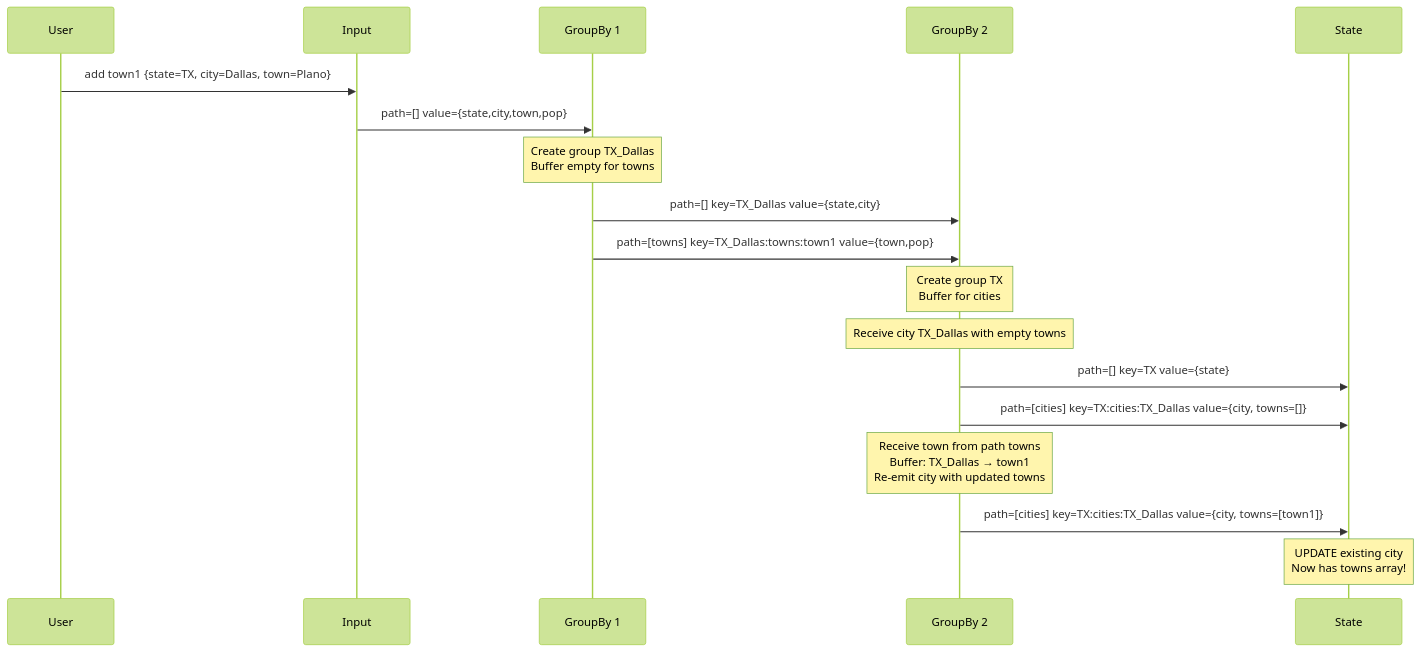
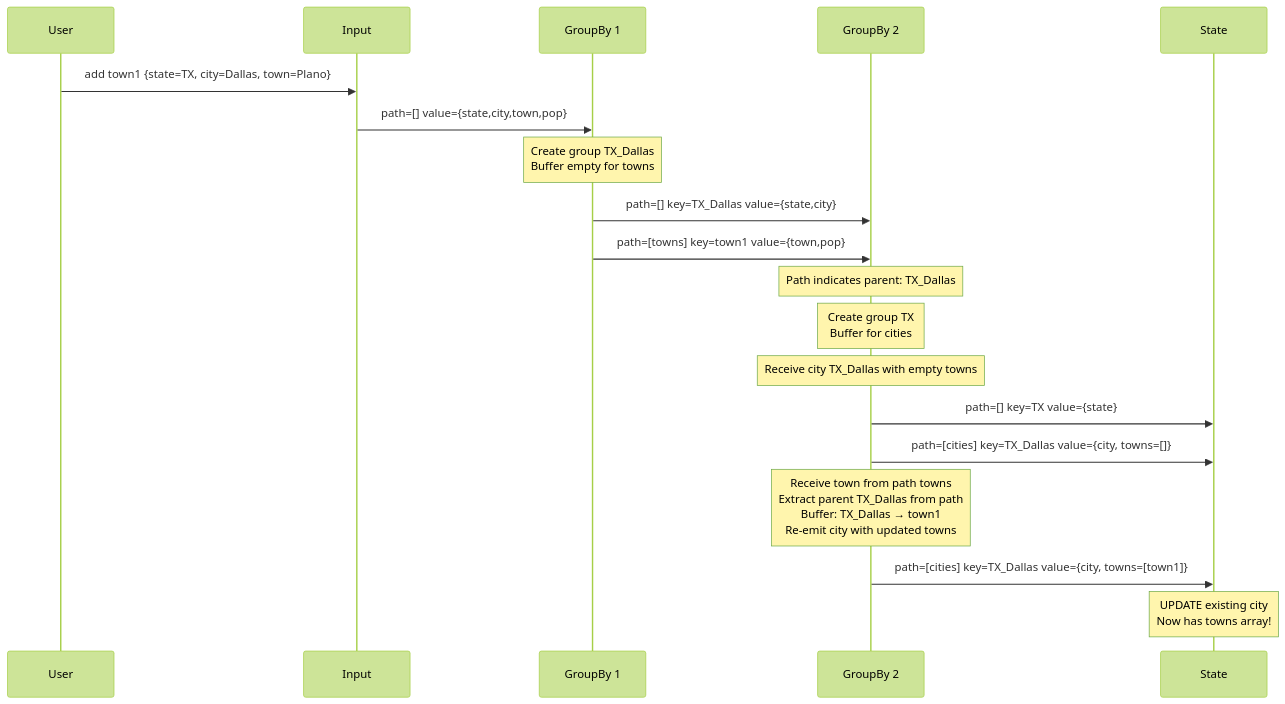
Before and after one commit to michaellperry/aggregator-toy: the fifth of 6 diagrams in docs/nested-groupby-architecture.md, drawn with Mermaid (forest theme). The commit also changed other lines of this file and 3 other files, not shown here.

````diff
--- a/docs/nested-groupby-architecture.md
+++ b/docs/nested-groupby-architecture.md
@@ -353,28 +352,29 @@
 ```mermaid
 sequenceDiagram
     participant User
     participant Input
     participant GB1 as GroupBy 1
     participant GB2 as GroupBy 2
     participant State
 
     User->>Input: add town1 {state=TX, city=Dallas, town=Plano}
     Input->>GB1: path=[] value={state,city,town,pop}
     
     Note over GB1: Create group TX_Dallas<br/>Buffer empty for towns
     
     GB1->>GB2: path=[] key=TX_Dallas value={state,city}
-    GB1->>GB2: path=[towns] key=TX_Dallas:towns:town1 value={town,pop}
+    GB1->>GB2: path=[towns] key=town1 value={town,pop}
+    Note over GB2: Path indicates parent: TX_Dallas
     
     Note over GB2: Create group TX<br/>Buffer for cities
     Note over GB2: Receive city TX_Dallas with empty towns
     
     GB2->>State: path=[] key=TX value={state}
-    GB2->>State: path=[cities] key=TX:cities:TX_Dallas value={city, towns=[]}
+    GB2->>State: path=[cities] key=TX_Dallas value={city, towns=[]}
     
-    Note over GB2: Receive town from path towns<br/>Buffer: TX_Dallas → town1<br/>Re-emit city with updated towns
+    Note over GB2: Receive town from path towns<br/>Extract parent TX_Dallas from path<br/>Buffer: TX_Dallas → town1<br/>Re-emit city with updated towns
     
-    GB2->>State: path=[cities] key=TX:cities:TX_Dallas value={city, towns=[town1]}
+    GB2->>State: path=[cities] key=TX_Dallas value={city, towns=[town1]}
     
     Note over State: UPDATE existing city<br/>Now has towns array!
 ```
````
